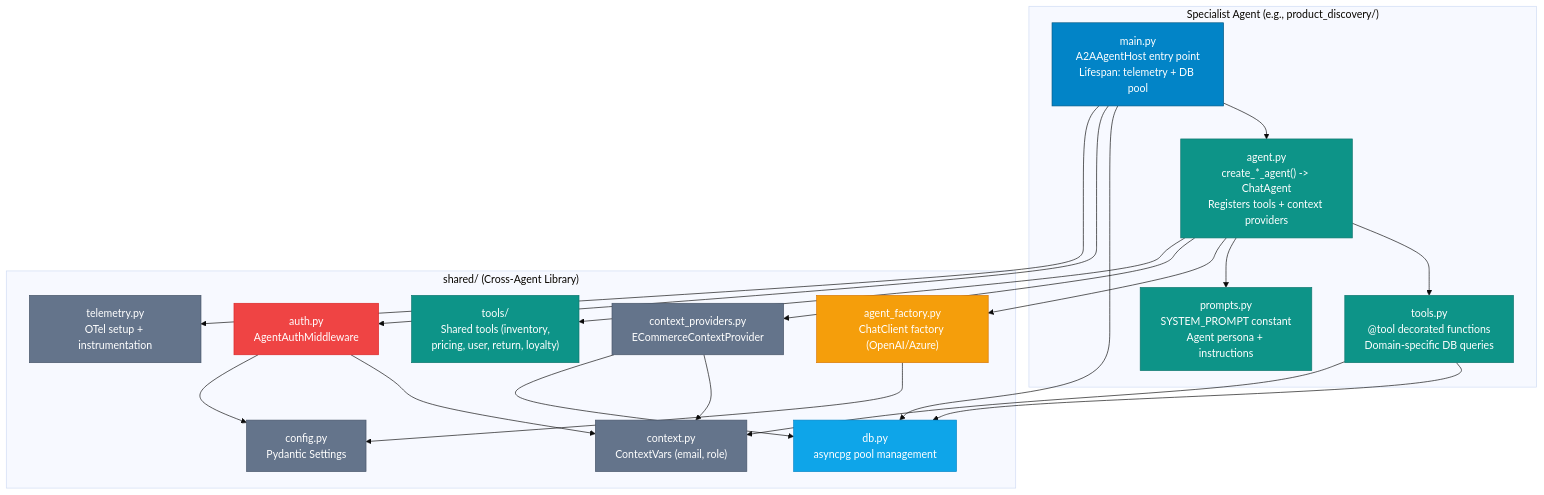
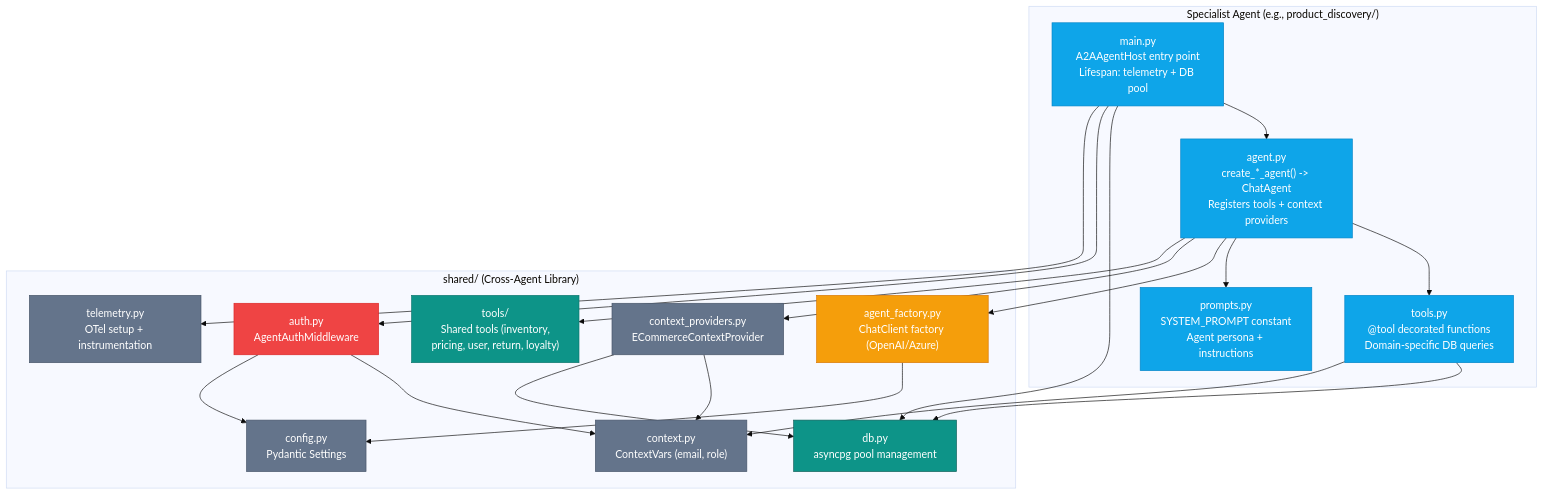
Before and after one commit to nitin27may/e-commerce-agents: the third of 7 diagrams in docs/architecture.md, drawn with Mermaid (base theme). The commit also changed other lines of this file and 7 other files, not shown here.

````diff
--- a/docs/architecture.md
+++ b/docs/architecture.md
@@ -133,50 +133,50 @@
 ```mermaid
 graph TB
     subgraph AgentHost["Specialist Agent (e.g., product_discovery/)"]
         MAIN["main.py<br/>A2AAgentHost entry point<br/>Lifespan: telemetry + DB pool"]
         AGENTPY["agent.py<br/>create_*_agent() -> ChatAgent<br/>Registers tools + context providers"]
         TOOLS["tools.py<br/>@tool decorated functions<br/>Domain-specific DB queries"]
         PROMPTS["prompts.py<br/>SYSTEM_PROMPT constant<br/>Agent persona + instructions"]
     end
 
     subgraph SharedLib["shared/ (Cross-Agent Library)"]
         CONFIG["config.py<br/>Pydantic Settings"]
         DBMOD["db.py<br/>asyncpg pool management"]
         AUTH["auth.py<br/>AgentAuthMiddleware"]
         CTX["context.py<br/>ContextVars (email, role)"]
         CTXPROV["context_providers.py<br/>ECommerceContextProvider"]
         FACTORY["agent_factory.py<br/>ChatClient factory (OpenAI/Azure)"]
         TELEM["telemetry.py<br/>OTel setup + instrumentation"]
         SHARED_TOOLS["tools/<br/>Shared tools (inventory,<br/>pricing, user, return, loyalty)"]
     end
 
     MAIN --> AGENTPY
     MAIN --> DBMOD
     MAIN --> AUTH
     MAIN --> TELEM
     AGENTPY --> TOOLS
     AGENTPY --> PROMPTS
     AGENTPY --> FACTORY
     AGENTPY --> CTXPROV
     AGENTPY --> SHARED_TOOLS
     TOOLS --> DBMOD
     TOOLS --> CTX
     CTXPROV --> CTX
     CTXPROV --> DBMOD
     AUTH --> CTX
     AUTH --> CONFIG
     FACTORY --> CONFIG
 
-    style MAIN fill:#0284c7,stroke:#075985,color:#fff
-    style AGENTPY fill:#0d9488,stroke:#0f766e,color:#fff
-    style TOOLS fill:#0d9488,stroke:#0f766e,color:#fff
-    style PROMPTS fill:#0d9488,stroke:#0f766e,color:#fff
+    style MAIN fill:#0ea5e9,stroke:#0284c7,color:#fff
+    style AGENTPY fill:#0ea5e9,stroke:#0284c7,color:#fff
+    style TOOLS fill:#0ea5e9,stroke:#0284c7,color:#fff
+    style PROMPTS fill:#0ea5e9,stroke:#0284c7,color:#fff
     style CONFIG fill:#64748b,stroke:#475569,color:#fff
-    style DBMOD fill:#0ea5e9,stroke:#0284c7,color:#fff
+    style DBMOD fill:#0d9488,stroke:#115e59,color:#fff
     style AUTH fill:#ef4444,stroke:#dc2626,color:#fff
     style CTX fill:#64748b,stroke:#475569,color:#fff
     style CTXPROV fill:#64748b,stroke:#475569,color:#fff
     style FACTORY fill:#f59e0b,stroke:#d97706,color:#fff
     style TELEM fill:#64748b,stroke:#475569,color:#fff
     style SHARED_TOOLS fill:#0d9488,stroke:#0f766e,color:#fff
 ```
````
